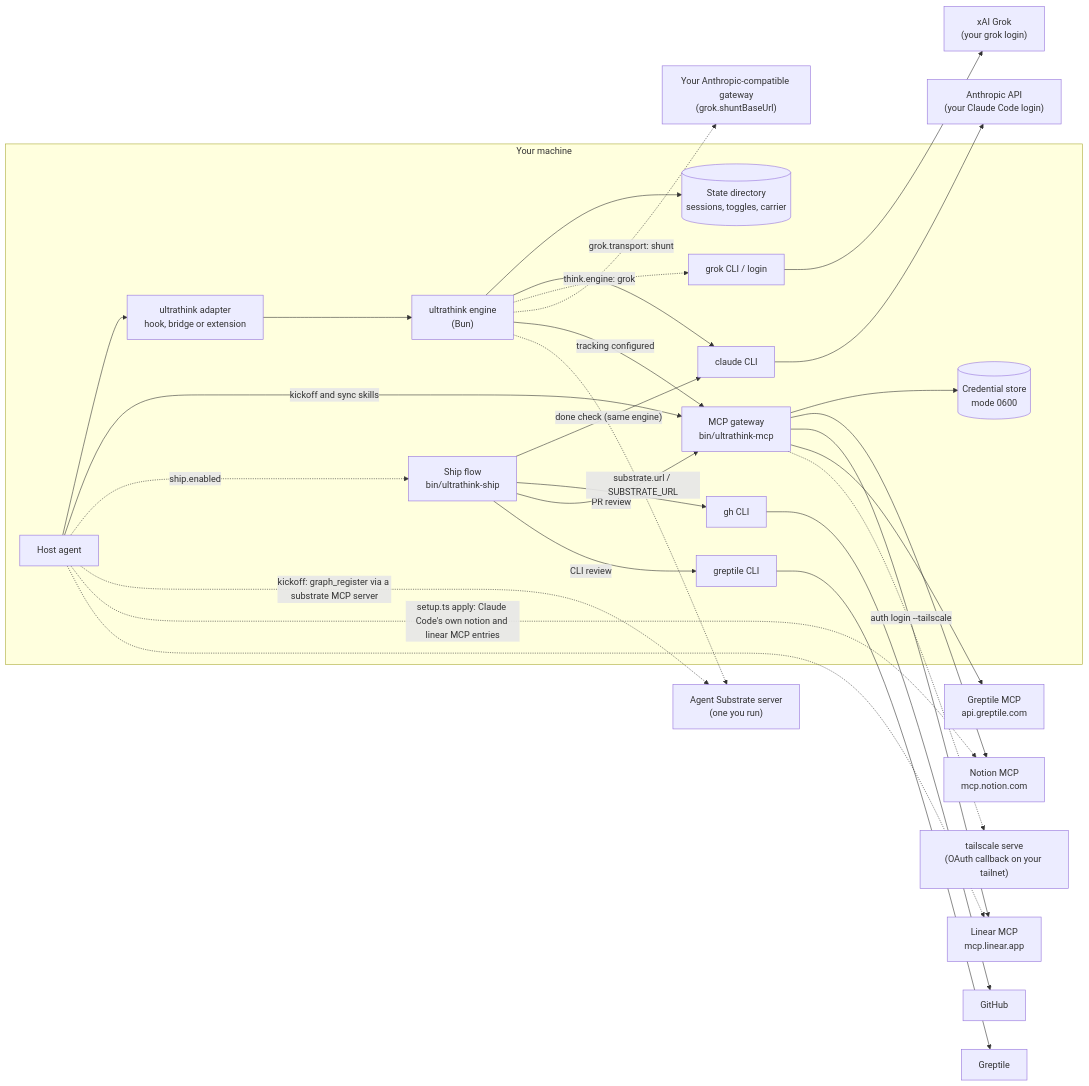
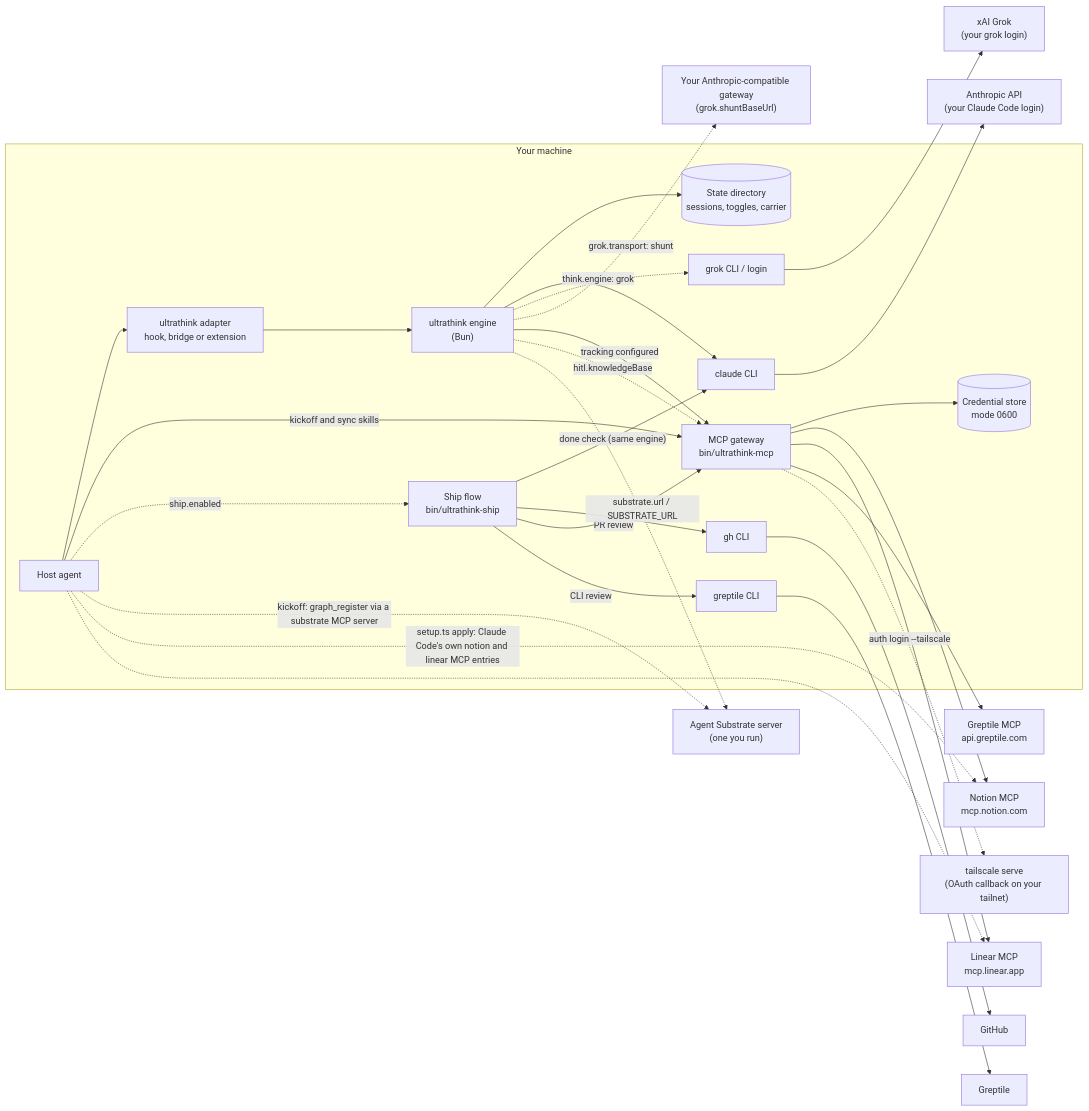
Before and after one commit to swcstudiospace/claude-ultrathink: the first of 9 diagrams in docs/architecture.md, drawn with Mermaid. The commit also changed other lines of this file and 43 other files, not shown here.

````diff
--- a/docs/architecture.md
+++ b/docs/architecture.md
@@ -41,37 +41,38 @@
 ```mermaid
 flowchart LR
     subgraph local["Your machine"]
         host["Host agent"]
         adapter["ultrathink adapter<br/>hook, bridge or extension"]
         engine["ultrathink engine<br/>(Bun)"]
         state[("State directory<br/>sessions, toggles, carrier")]
         gw["MCP gateway<br/>bin/ultrathink-mcp"]
         store[("Credential store<br/>mode 0600")]
         claude["claude CLI"]
         grok["grok CLI / login"]
         shipcli["Ship flow<br/>bin/ultrathink-ship"]
         gh["gh CLI"]
         gcli["greptile CLI"]
     end
     host --> adapter --> engine
     engine --> state
     engine --> claude --> anthropic["Anthropic API<br/>(your Claude Code login)"]
     engine -. "think.engine: grok" .-> grok --> xai["xAI Grok<br/>(your grok login)"]
     engine -. "grok.transport: shunt" .-> shunt["Your Anthropic-compatible gateway<br/>(grok.shuntBaseUrl)"]
     engine -- "tracking configured" --> gw
+    engine -. "hitl.knowledgeBase" .-> gw
     gw --> store
     gw --> notion["Notion MCP<br/>mcp.notion.com"]
     gw --> linear["Linear MCP<br/>mcp.linear.app"]
     host -- "kickoff and sync skills" --> gw
     host -. "ship.enabled" .-> shipcli
     shipcli -- "done check (same engine)" --> claude
     shipcli --> gh --> github["GitHub"]
     shipcli -- "PR review" --> gw
     gw --> greptile["Greptile MCP<br/>api.greptile.com"]
     shipcli -- "CLI review" --> gcli --> greptile2["Greptile"]
     engine -. "substrate.url / SUBSTRATE_URL" .-> substrate["Agent Substrate server<br/>(one you run)"]
     host -. "kickoff: graph_register via a substrate MCP server" .-> substrate
     host -. "setup.ts apply: Claude Code's own notion and linear MCP entries" .-> notion
     host -.-> linear
     gw -. "auth login --tailscale" .-> tailscale["tailscale serve<br/>(OAuth callback on your tailnet)"]
 ```
````
